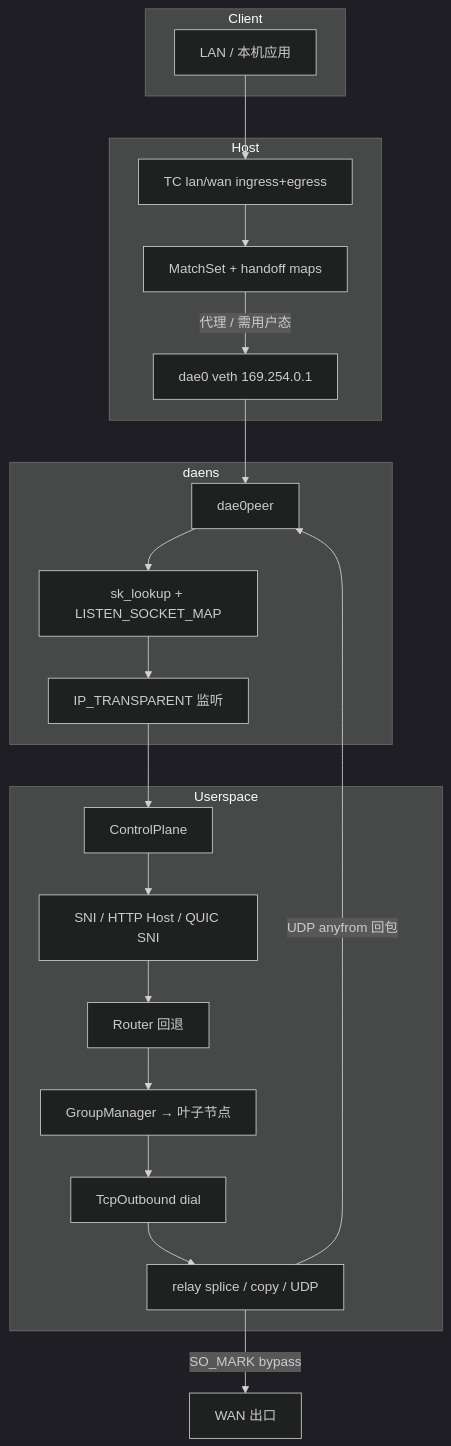
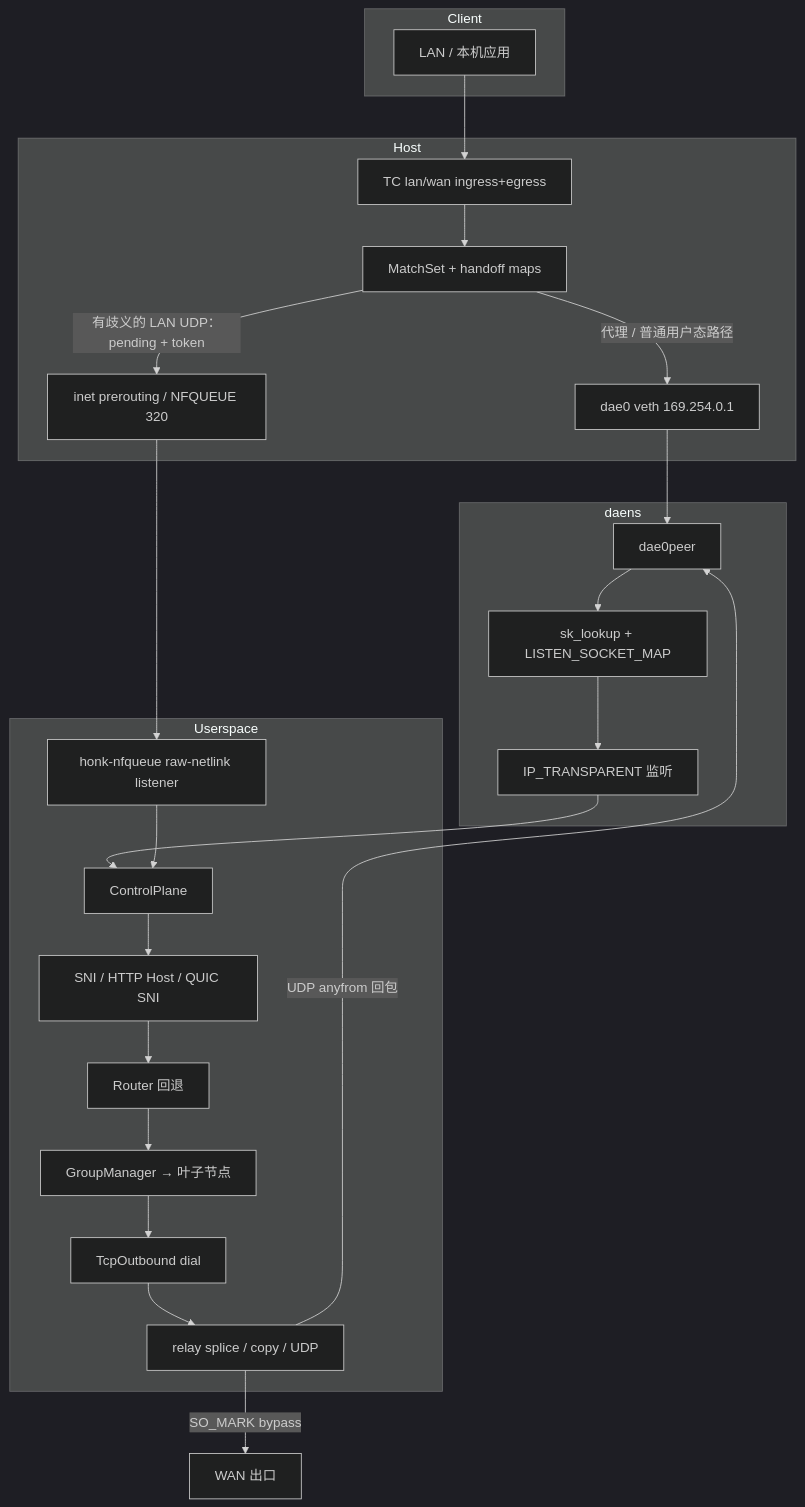
Before and after one commit to Glassyiris/honk: the second of 2 diagrams in doc/design.zh.md, drawn with Mermaid (dark theme). The commit also changed other lines of this file and 8 other files, not shown here.

````diff
--- a/doc/design.zh.md
+++ b/doc/design.zh.md
@@ -58,33 +60,36 @@
 ```mermaid
 flowchart TB
   subgraph Client
     APP[LAN / 本机应用]
   end
 
   subgraph Host
     TC[TC lan/wan ingress+egress]
     MAPS[MatchSet + handoff maps]
     DAE0[dae0 veth 169.254.0.1]
+    NFQ[inet prerouting / NFQUEUE 320]
   end
 
   subgraph daens
     PEER[dae0peer]
     SK[sk_lookup + LISTEN_SOCKET_MAP]
     LISTEN[IP_TRANSPARENT 监听]
   end
 
   subgraph Userspace
+    NFQL[honk-nfqueue raw-netlink listener]
     CP[ControlPlane]
     SNIFF[SNI / HTTP Host / QUIC SNI]
     R[Router 回退]
     G[GroupManager → 叶子节点]
     D[TcpOutbound dial]
     REL[relay splice / copy / UDP]
   end
 
   APP --> TC --> MAPS
-  MAPS -->|代理 / 需用户态| DAE0 --> PEER --> SK --> LISTEN --> CP
+  MAPS -->|代理 / 普通用户态路径| DAE0 --> PEER --> SK --> LISTEN --> CP
+  MAPS -->|有歧义的 LAN UDP：pending + token| NFQ --> NFQL --> CP
   CP --> SNIFF --> R --> G --> D --> REL
   REL -->|SO_MARK bypass| WAN[WAN 出口]
   REL -->|UDP anyfrom 回包| PEER
 ```
````
